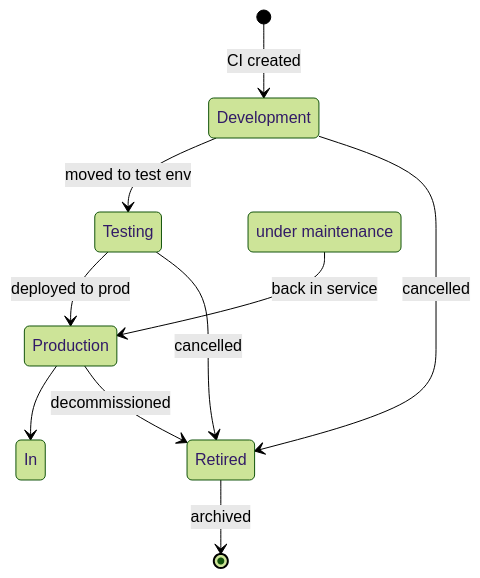
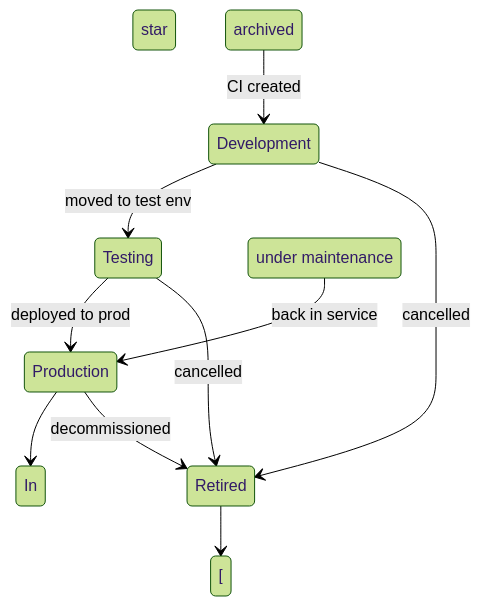
Before and after one commit to eltonaguiar/ServiceNow_Learning_TSOM-_CSM_FSM_SalesCRM_HAM_ITSM: the ninth of 22 diagrams in docs/modules/cmdb/cmdb-guide.md, drawn with Mermaid (forest theme). The commit also changed other lines of this file and 19 other files, not shown here.

Commit message:
Fix all Mermaid diagram special characters - replace dollar, parens, slashes, quotes, pipes, nested brackets and other unsafe chars inside brackets with safe alternatives across 19 files

````diff
--- a/docs/modules/cmdb/cmdb-guide.md
+++ b/docs/modules/cmdb/cmdb-guide.md
@@ -997,13 +997,13 @@
 ```mermaid
 stateDiagram-v2
-    [*] --> Development : CI created
+    [ star ] --> Development : CI created
     Development --> Testing : moved to test env
     Testing --> Production : deployed to prod
     Production --> In Maintenance : under maintenance
     In Maintenance --> Production : back in service
     Production --> Retired : decommissioned
     Development --> Retired : cancelled
     Testing --> Retired : cancelled
-    Retired --> [*] : archived
+    Retired --> [ star ] : archived
 
 ```
````
